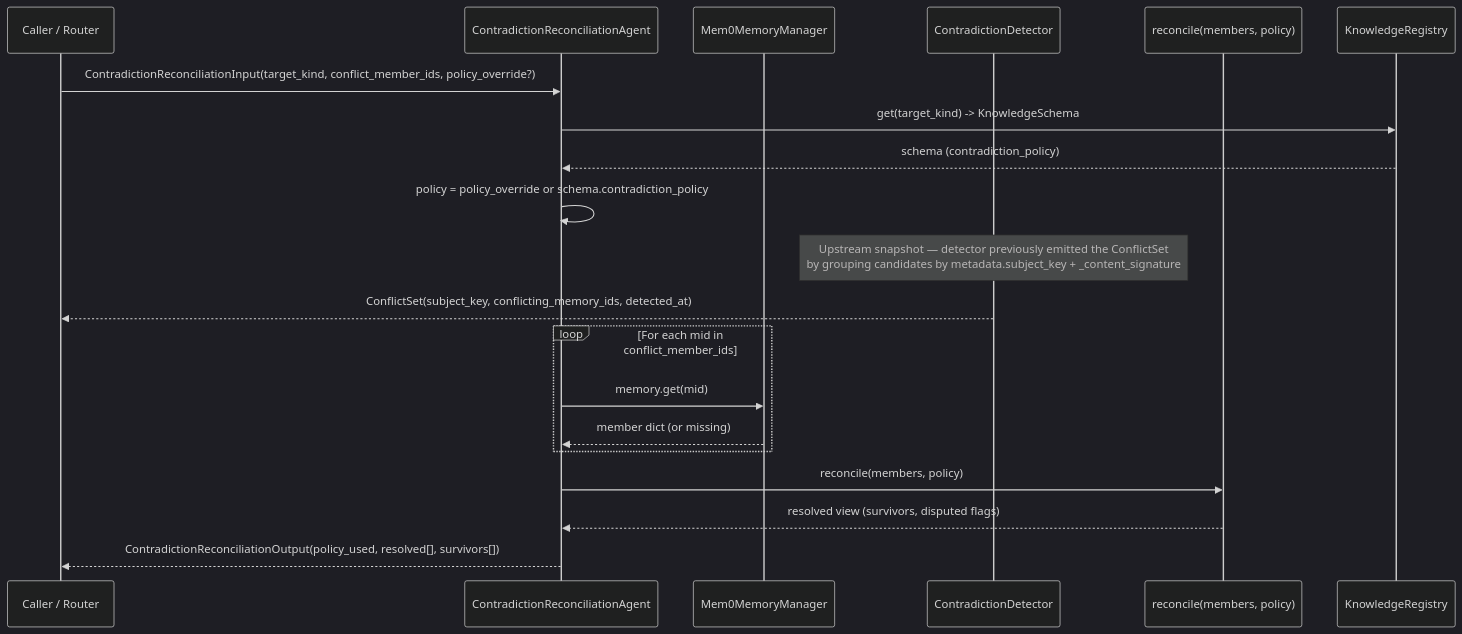
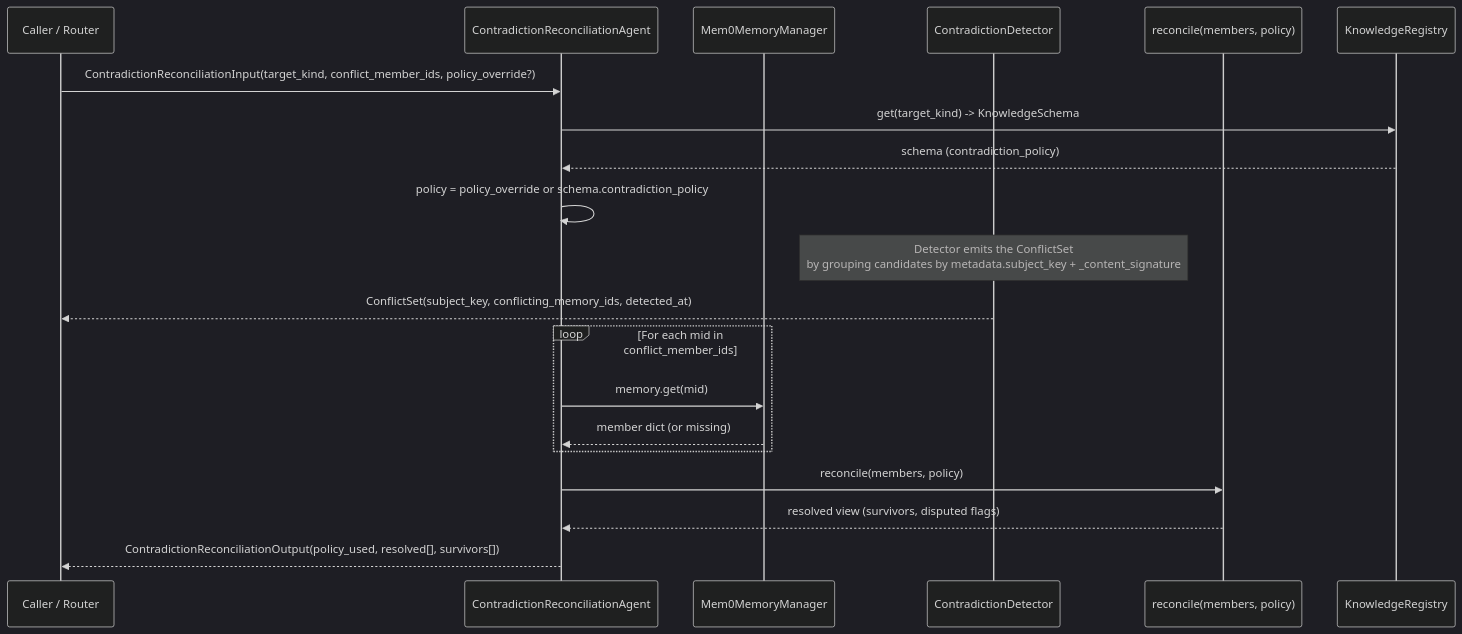
Before and after one commit to amit-jain/cogniverse: the first of 8 diagrams in docs/diagrams/knowledge-system-diagrams.md, drawn with Mermaid (dark theme). The commit also changed other lines of this file and 50 other files, not shown here.

````diff
--- a/docs/diagrams/knowledge-system-diagrams.md
+++ b/docs/diagrams/knowledge-system-diagrams.md
@@ -26,26 +26,26 @@
 ```mermaid
 sequenceDiagram
     participant Caller as Caller / Router
     participant Agent as ContradictionReconciliationAgent
     participant Memory as Mem0MemoryManager
     participant Detector as ContradictionDetector
     participant Reconcile as reconcile(members, policy)
     participant Registry as KnowledgeRegistry
 
     Caller->>Agent: ContradictionReconciliationInput(target_kind, conflict_member_ids, policy_override?)
     Agent->>Registry: get(target_kind) -> KnowledgeSchema
     Registry-->>Agent: schema (contradiction_policy)
     Agent->>Agent: policy = policy_override or schema.contradiction_policy
 
-    Note over Detector: Upstream snapshot — detector previously emitted the ConflictSet<br/>by grouping candidates by metadata.subject_key + _content_signature
+    Note over Detector: Detector emits the ConflictSet<br/>by grouping candidates by metadata.subject_key + _content_signature
     Detector-->>Caller: ConflictSet(subject_key, conflicting_memory_ids, detected_at)
 
     loop For each mid in conflict_member_ids
         Agent->>Memory: memory.get(mid)
         Memory-->>Agent: member dict (or missing)
     end
 
     Agent->>Reconcile: reconcile(members, policy)
     Reconcile-->>Agent: resolved view (survivors, disputed flags)
     Agent-->>Caller: ContradictionReconciliationOutput(policy_used, resolved[], survivors[])
 ```
````
